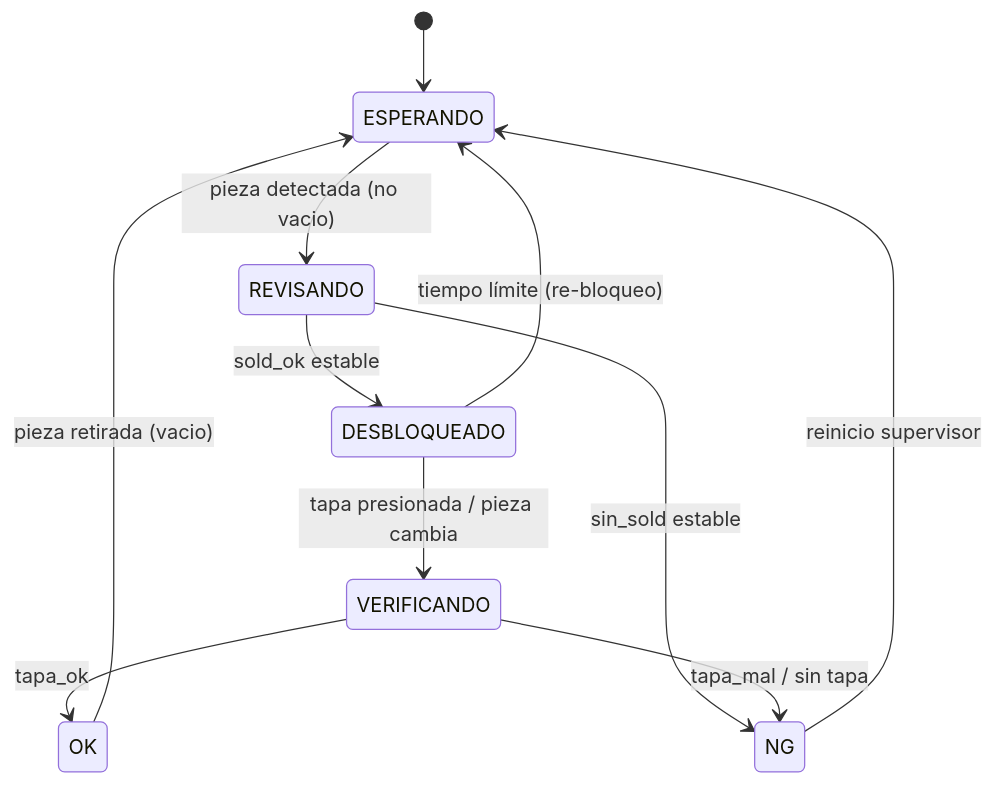
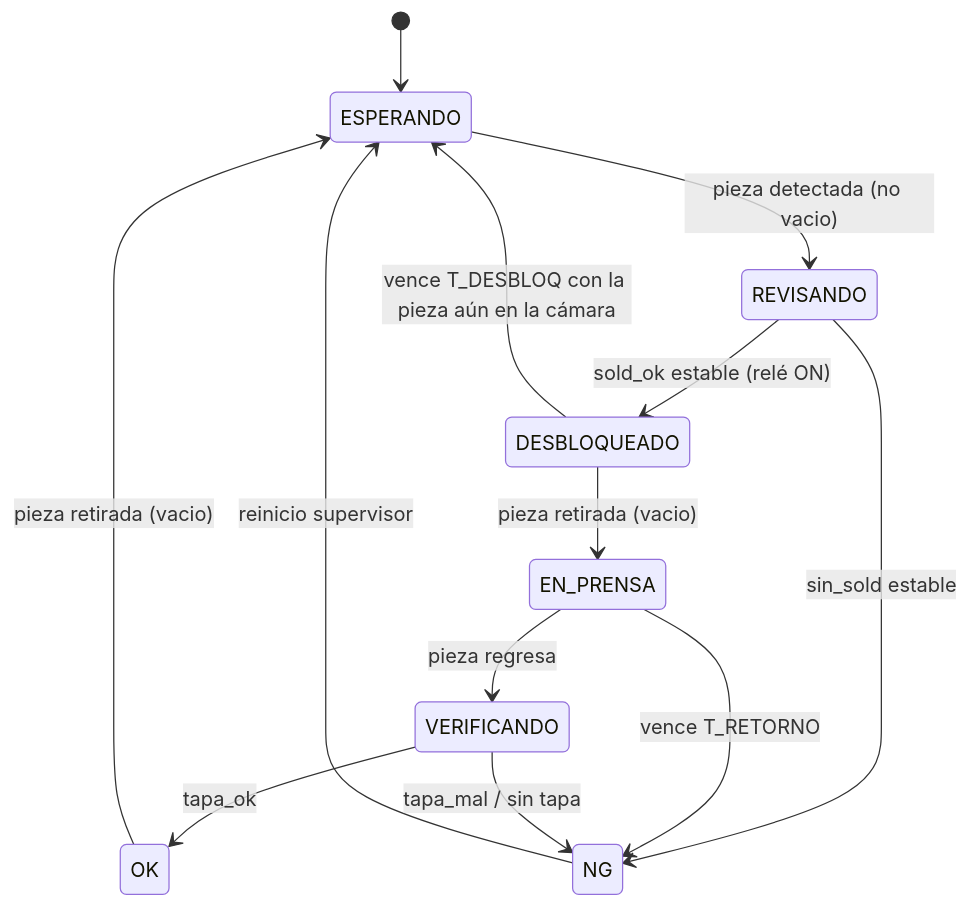
Before and after one commit to ricardosalmeron71-png/inspeccion-vision-solder-cap: the third of 4 diagrams in docs/02-diagramas.md, drawn with Mermaid. The commit also changed other lines of this file and 16 other files, not shown here.

First line of the commit message:
Agrega fuente RD-65A y corrige el flujo: cámara fija hacia abajo, pieza se mueve a la prensa y regresa

````diff
--- a/docs/02-diagramas.md
+++ b/docs/02-diagramas.md
@@ -33,13 +35,15 @@
 ```mermaid
 stateDiagram-v2
     [*] --> ESPERANDO
     ESPERANDO --> REVISANDO: pieza detectada (no vacio)
-    REVISANDO --> DESBLOQUEADO: sold_ok estable
+    REVISANDO --> DESBLOQUEADO: sold_ok estable (relé ON)
     REVISANDO --> NG: sin_sold estable
-    DESBLOQUEADO --> VERIFICANDO: tapa presionada / pieza cambia
-    DESBLOQUEADO --> ESPERANDO: tiempo límite (re-bloqueo)
+    DESBLOQUEADO --> ESPERANDO: vence T_DESBLOQ con la pieza aún en la cámara
+    DESBLOQUEADO --> EN_PRENSA: pieza retirada (vacio)
+    EN_PRENSA --> VERIFICANDO: pieza regresa
+    EN_PRENSA --> NG: vence T_RETORNO
     VERIFICANDO --> OK: tapa_ok
     VERIFICANDO --> NG: tapa_mal / sin tapa
     OK --> ESPERANDO: pieza retirada (vacio)
     NG --> ESPERANDO: reinicio supervisor
 ```
````
